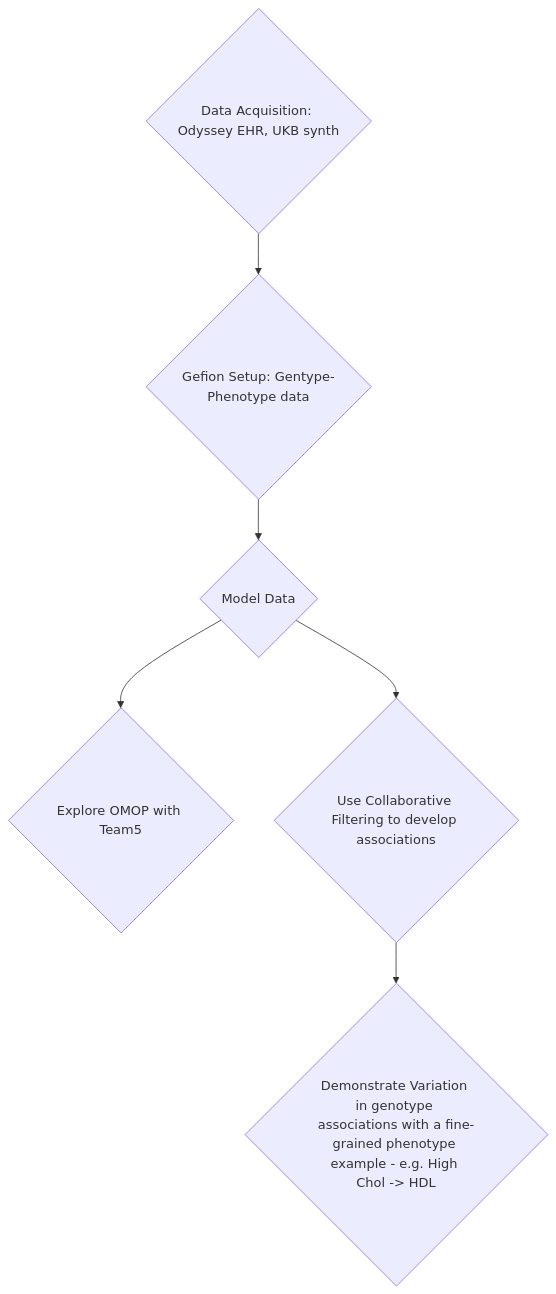
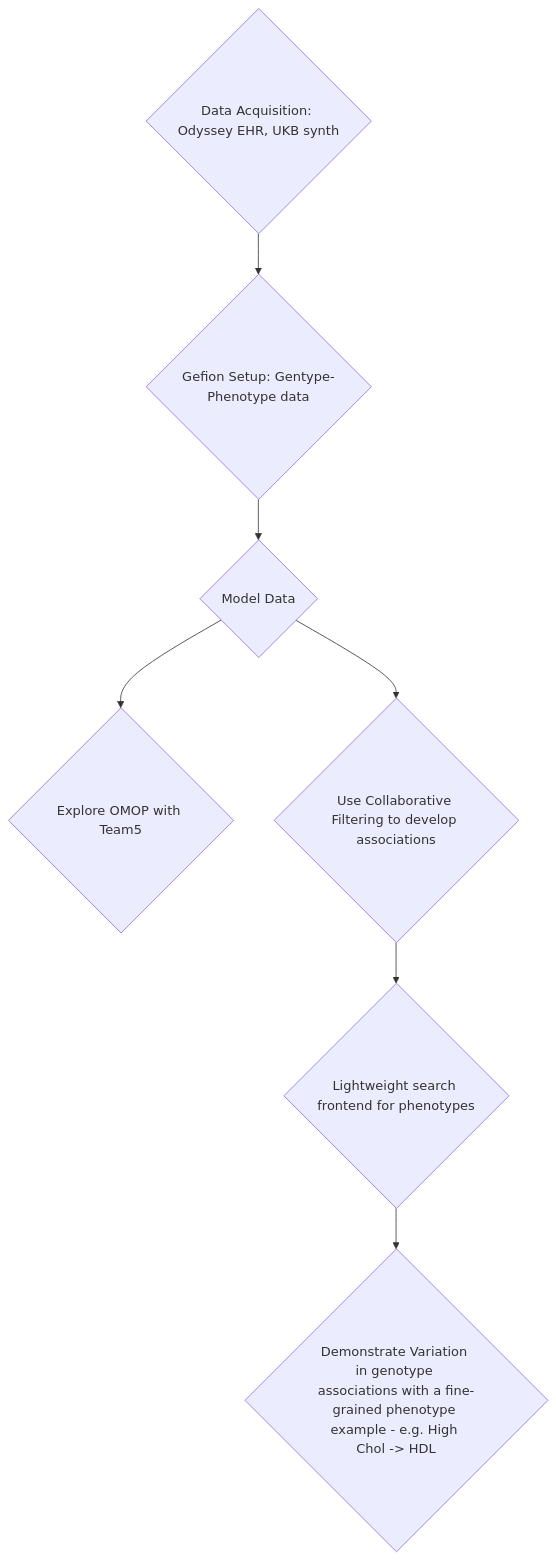
Before and after one commit to collaborativebioinformatics/F3CF: the diagram in flowchart.md, drawn with Mermaid.

````diff
--- a/flowchart.md
+++ b/flowchart.md
@@ -1,8 +1,9 @@
 ```mermaid
 graph TD;
     A{"Data Acquisition: Odyssey EHR, UKB synth"}-->B{"Gefion Setup: Gentype-Phenotype data"};
     B-->C{"Model Data"};
     C-->D{"Explore OMOP with Team5"};
     C-->E{"Use Collaborative Filtering to develop associations"};
-    E-->F{"Demonstrate Variation in genotype associations with a fine-grained phenotype example - e.g. High Chol -> HDL"};
+    E-->G{"Lightweight search frontend for phenotypes"}
+    G-->F{"Demonstrate Variation in genotype associations with a fine-grained phenotype example - e.g. High Chol -> HDL"};
 ```
````
